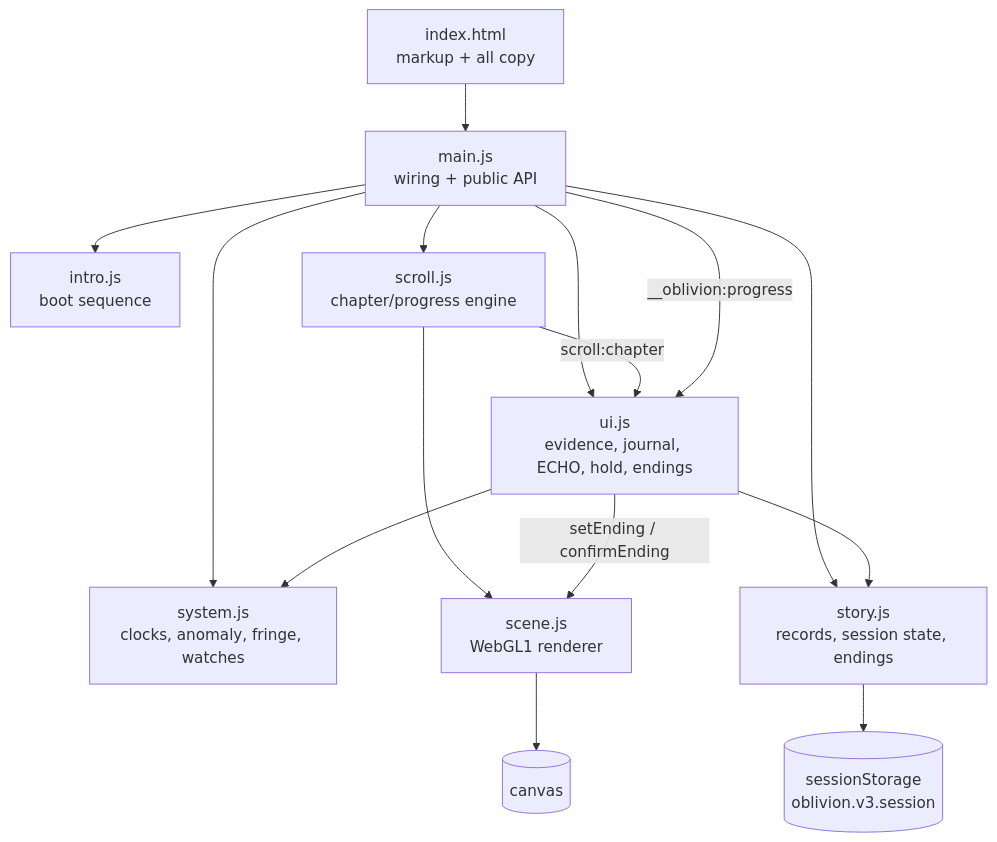
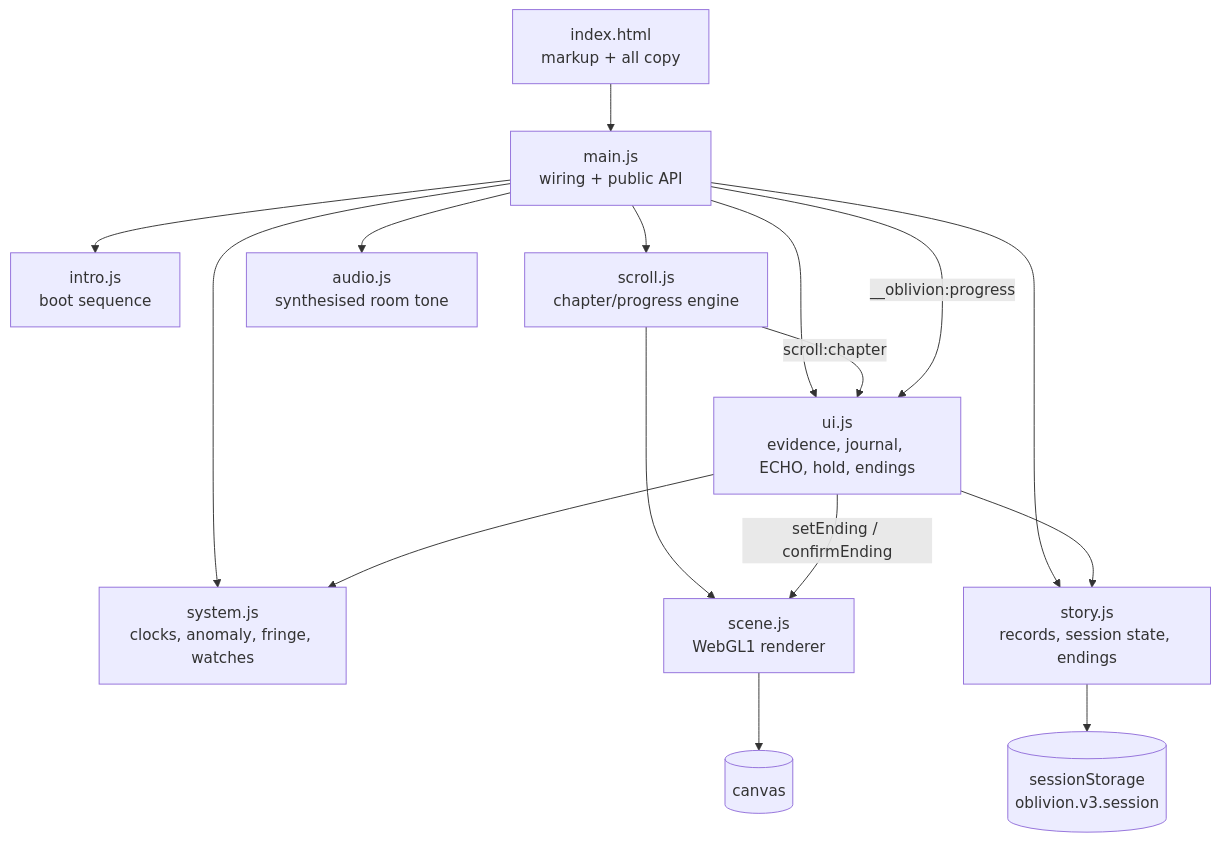
Before and after one commit to the-nidhi-bhat/OBLIVION: the diagram in README.md, drawn with Mermaid. The commit also changed other lines of this file and 5 other files, not shown here.

````diff
--- a/README.md
+++ b/README.md
@@ -172,17 +178,18 @@
 ```mermaid
 flowchart TD
     HTML[index.html<br/>markup + all copy] --> MAIN[main.js<br/>wiring + public API]
     MAIN --> INTRO[intro.js<br/>boot sequence]
     MAIN --> SCROLL[scroll.js<br/>chapter/progress engine]
     MAIN --> UI[ui.js<br/>evidence, journal, ECHO, hold, endings]
     MAIN --> SYSTEM[system.js<br/>clocks, anomaly, fringe, watches]
     MAIN --> STORY[story.js<br/>records, session state, endings]
+    MAIN --> AUDIO[audio.js<br/>synthesised room tone]
     SCROLL --> SCENE[scene.js<br/>WebGL1 renderer]
     SCROLL -- "scroll:chapter" --> UI
     MAIN -- "__oblivion:progress" --> UI
     UI --> STORY
     UI --> SYSTEM
     STORY --> STORE[(sessionStorage<br/>oblivion.v3.session)]
     SCENE --> CANVAS[(canvas)]
     UI -- "setEnding / confirmEnding" --> SCENE
 ```
````
